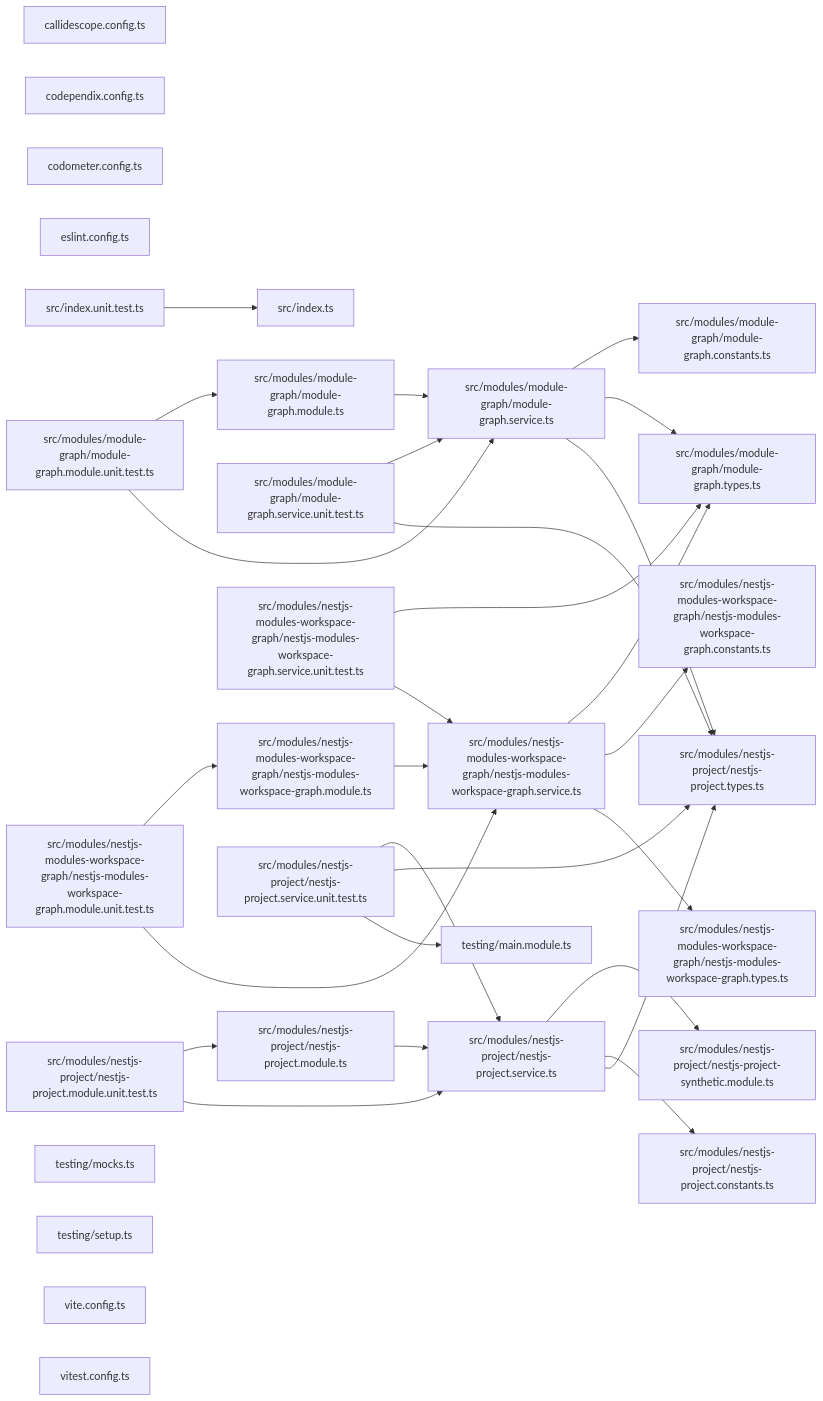
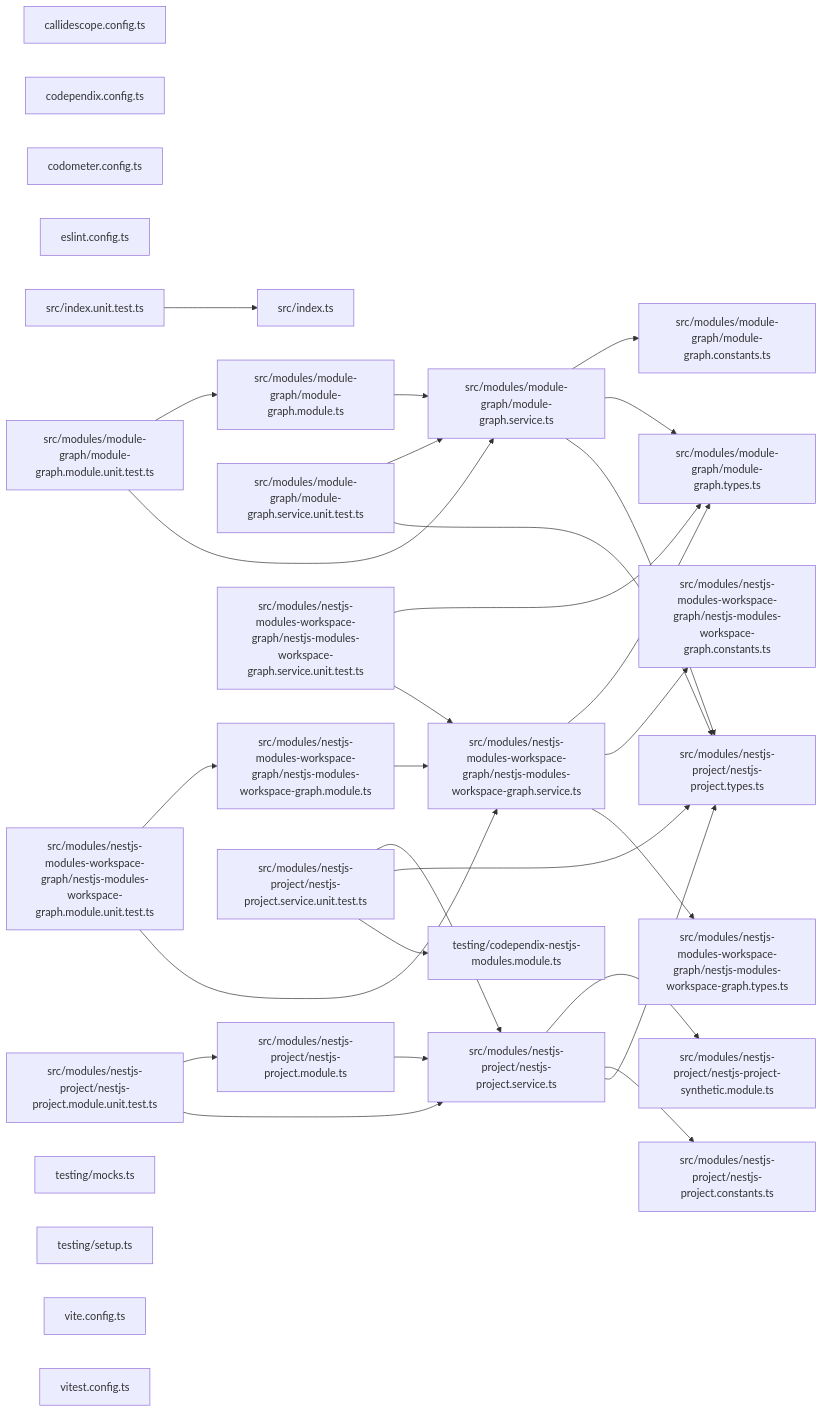
The third of 3 diagrams in projects/ic-suite/codependix/codependix-nestjs-modules/README.md (organizzolini/codebase), drawn with Mermaid before and after one commit. The commit also changed other lines of this file and 68 other files, not shown here.

````diff
--- a/projects/ic-suite/codependix/codependix-nestjs-modules/README.md
+++ b/projects/ic-suite/codependix/codependix-nestjs-modules/README.md
@@ -53,59 +55,59 @@
 ```mermaid
 graph LR
   file_callidescope_config_ts["callidescope.config.ts"]
   file_codependix_config_ts["codependix.config.ts"]
   file_codometer_config_ts["codometer.config.ts"]
   file_eslint_config_ts["eslint.config.ts"]
   file_src_index_ts["src/index.ts"]
   file_src_index_unit_test_ts["src/index.unit.test.ts"]
   file_src_modules_module_graph_module_graph_constants_ts["src/modules/module-graph/module-graph.constants.ts"]
   file_src_modules_module_graph_module_graph_module_ts["src/modules/module-graph/module-graph.module.ts"]
   file_src_modules_module_graph_module_graph_module_unit_test_ts["src/modules/module-graph/module-graph.module.unit.test.ts"]
   file_src_modules_module_graph_module_graph_service_ts["src/modules/module-graph/module-graph.service.ts"]
   file_src_modules_module_graph_module_graph_service_unit_test_ts["src/modules/module-graph/module-graph.service.unit.test.ts"]
   file_src_modules_module_graph_module_graph_types_ts["src/modules/module-graph/module-graph.types.ts"]
   file_src_modules_nestjs_modules_workspace_graph_nestjs_modules_workspace_graph_constants_ts["src/modules/nestjs-modules-workspace-graph/nestjs-modules-workspace-graph.constants.ts"]
   file_src_modules_nestjs_modules_workspace_graph_nestjs_modules_workspace_graph_module_ts["src/modules/nestjs-modules-workspace-graph/nestjs-modules-workspace-graph.module.ts"]
   file_src_modules_nestjs_modules_workspace_graph_nestjs_modules_workspace_graph_module_unit_test_ts["src/modules/nestjs-modules-workspace-graph/nestjs-modules-workspace-graph.module.unit.test.ts"]
   file_src_modules_nestjs_modules_workspace_graph_nestjs_modules_workspace_graph_service_ts["src/modules/nestjs-modules-workspace-graph/nestjs-modules-workspace-graph.service.ts"]
   file_src_modules_nestjs_modules_workspace_graph_nestjs_modules_workspace_graph_service_unit_test_ts["src/modules/nestjs-modules-workspace-graph/nestjs-modules-workspace-graph.service.unit.test.ts"]
   file_src_modules_nestjs_modules_workspace_graph_nestjs_modules_workspace_graph_types_ts["src/modules/nestjs-modules-workspace-graph/nestjs-modules-workspace-graph.types.ts"]
   file_src_modules_nestjs_project_nestjs_project_synthetic_module_ts["src/modules/nestjs-project/nestjs-project-synthetic.module.ts"]
   file_src_modules_nestjs_project_nestjs_project_constants_ts["src/modules/nestjs-project/nestjs-project.constants.ts"]
   file_src_modules_nestjs_project_nestjs_project_module_ts["src/modules/nestjs-project/nestjs-project.module.ts"]
   file_src_modules_nestjs_project_nestjs_project_module_unit_test_ts["src/modules/nestjs-project/nestjs-project.module.unit.test.ts"]
   file_src_modules_nestjs_project_nestjs_project_service_ts["src/modules/nestjs-project/nestjs-project.service.ts"]
   file_src_modules_nestjs_project_nestjs_project_service_unit_test_ts["src/modules/nestjs-project/nestjs-project.service.unit.test.ts"]
   file_src_modules_nestjs_project_nestjs_project_types_ts["src/modules/nestjs-project/nestjs-project.types.ts"]
-  file_testing_main_module_ts["testing/main.module.ts"]
+  file_testing_codependix_nestjs_modules_module_ts["testing/codependix-nestjs-modules.module.ts"]
   file_testing_mocks_ts["testing/mocks.ts"]
   file_testing_setup_ts["testing/setup.ts"]
   file_vite_config_ts["vite.config.ts"]
   file_vitest_config_ts["vitest.config.ts"]
   file_src_index_unit_test_ts --> file_src_index_ts
   file_src_modules_module_graph_module_graph_module_ts --> file_src_modules_module_graph_module_graph_service_ts
   file_src_modules_module_graph_module_graph_module_unit_test_ts --> file_src_modules_module_graph_module_graph_module_ts
   file_src_modules_module_graph_module_graph_module_unit_test_ts --> file_src_modules_module_graph_module_graph_service_ts
   file_src_modules_module_graph_module_graph_service_ts --> file_src_modules_module_graph_module_graph_constants_ts
   file_src_modules_module_graph_module_graph_service_ts --> file_src_modules_module_graph_module_graph_types_ts
   file_src_modules_module_graph_module_graph_service_ts --> file_src_modules_nestjs_project_nestjs_project_types_ts
   file_src_modules_module_graph_module_graph_service_unit_test_ts --> file_src_modules_module_graph_module_graph_service_ts
   file_src_modules_module_graph_module_graph_service_unit_test_ts --> file_src_modules_nestjs_project_nestjs_project_types_ts
   file_src_modules_nestjs_modules_workspace_graph_nestjs_modules_workspace_graph_module_ts --> file_src_modules_nestjs_modules_workspace_graph_nestjs_modules_workspace_graph_service_ts
   file_src_modules_nestjs_modules_workspace_graph_nestjs_modules_workspace_graph_module_unit_test_ts --> file_src_modules_nestjs_modules_workspace_graph_nestjs_modules_workspace_graph_module_ts
   file_src_modules_nestjs_modules_workspace_graph_nestjs_modules_workspace_graph_module_unit_test_ts --> file_src_modules_nestjs_modules_workspace_graph_nestjs_modules_workspace_graph_service_ts
   file_src_modules_nestjs_modules_workspace_graph_nestjs_modules_workspace_graph_service_ts --> file_src_modules_module_graph_module_graph_types_ts
   file_src_modules_nestjs_modules_workspace_graph_nestjs_modules_workspace_graph_service_ts --> file_src_modules_nestjs_modules_workspace_graph_nestjs_modules_workspace_graph_constants_ts
   file_src_modules_nestjs_modules_workspace_graph_nestjs_modules_workspace_graph_service_ts --> file_src_modules_nestjs_modules_workspace_graph_nestjs_modules_workspace_graph_types_ts
   file_src_modules_nestjs_modules_workspace_graph_nestjs_modules_workspace_graph_service_unit_test_ts --> file_src_modules_module_graph_module_graph_types_ts
   file_src_modules_nestjs_modules_workspace_graph_nestjs_modules_workspace_graph_service_unit_test_ts --> file_src_modules_nestjs_modules_workspace_graph_nestjs_modules_workspace_graph_service_ts
   file_src_modules_nestjs_project_nestjs_project_module_ts --> file_src_modules_nestjs_project_nestjs_project_service_ts
   file_src_modules_nestjs_project_nestjs_project_module_unit_test_ts --> file_src_modules_nestjs_project_nestjs_project_module_ts
   file_src_modules_nestjs_project_nestjs_project_module_unit_test_ts --> file_src_modules_nestjs_project_nestjs_project_service_ts
   file_src_modules_nestjs_project_nestjs_project_service_ts --> file_src_modules_nestjs_project_nestjs_project_synthetic_module_ts
   file_src_modules_nestjs_project_nestjs_project_service_ts --> file_src_modules_nestjs_project_nestjs_project_constants_ts
   file_src_modules_nestjs_project_nestjs_project_service_ts --> file_src_modules_nestjs_project_nestjs_project_types_ts
   file_src_modules_nestjs_project_nestjs_project_service_unit_test_ts --> file_src_modules_nestjs_project_nestjs_project_service_ts
   file_src_modules_nestjs_project_nestjs_project_service_unit_test_ts --> file_src_modules_nestjs_project_nestjs_project_types_ts
-  file_src_modules_nestjs_project_nestjs_project_service_unit_test_ts --> file_testing_main_module_ts
+  file_src_modules_nestjs_project_nestjs_project_service_unit_test_ts --> file_testing_codependix_nestjs_modules_module_ts
 ```
````
